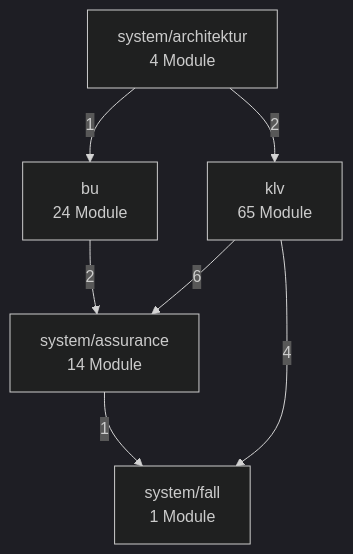
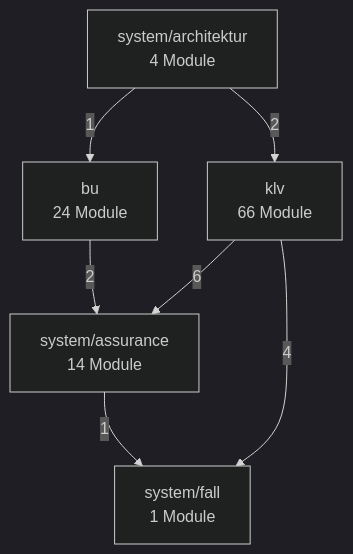
The second of 3 diagrams in docs/architektur/landkarte.md (bartlmac/rechner-pipeline), drawn with Mermaid (dark theme) before and after one commit. The commit also changed other lines of this file and 7 other files, not shown here.

````diff
--- a/docs/architektur/landkarte.md
+++ b/docs/architektur/landkarte.md
@@ -73,15 +73,15 @@
 ```mermaid
 %% Fachknoten — erzeugt von ontologie.landkarte
 flowchart TD
     bu["bu<br/>24 Module"]
-    klv["klv<br/>65 Module"]
+    klv["klv<br/>66 Module"]
     system_architektur["system/architektur<br/>4 Module"]
     system_assurance["system/assurance<br/>14 Module"]
     system_fall["system/fall<br/>1 Module"]
     bu -- 2 --> system_assurance
     klv -- 6 --> system_assurance
     klv -- 4 --> system_fall
     system_architektur -- 1 --> bu
     system_architektur -- 2 --> klv
     system_assurance -- 1 --> system_fall
 ```
````
